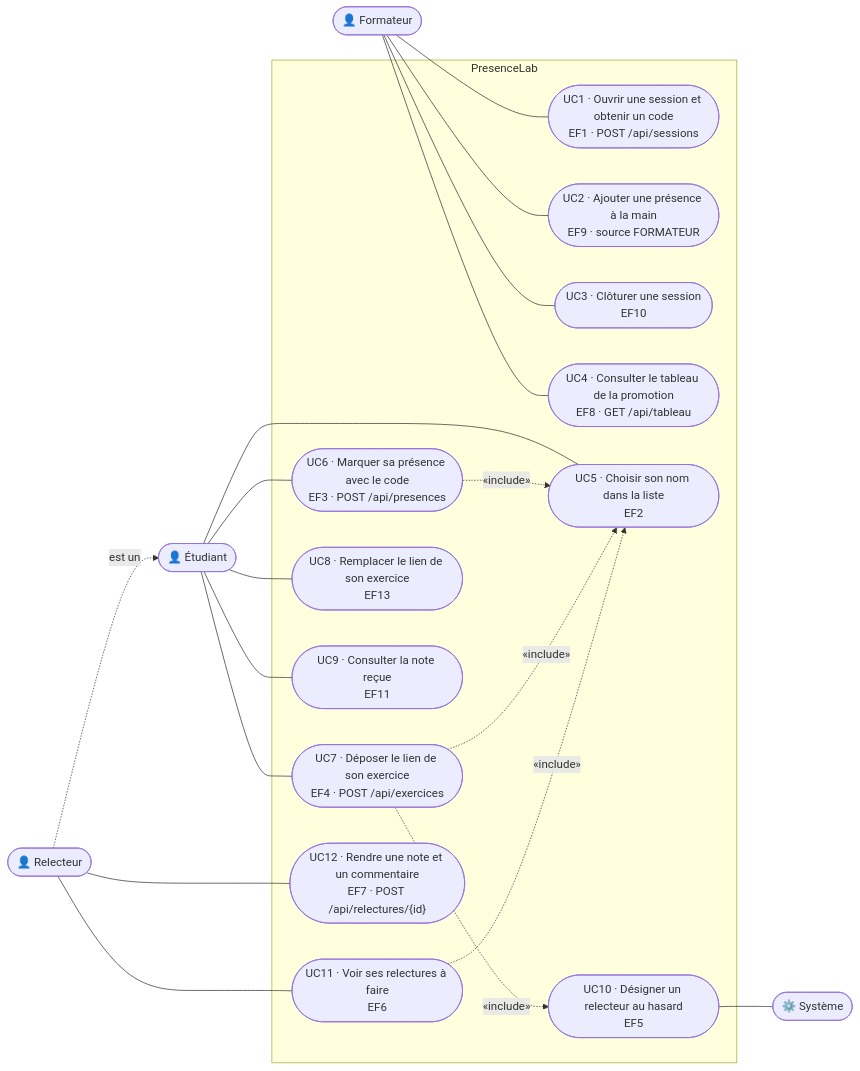
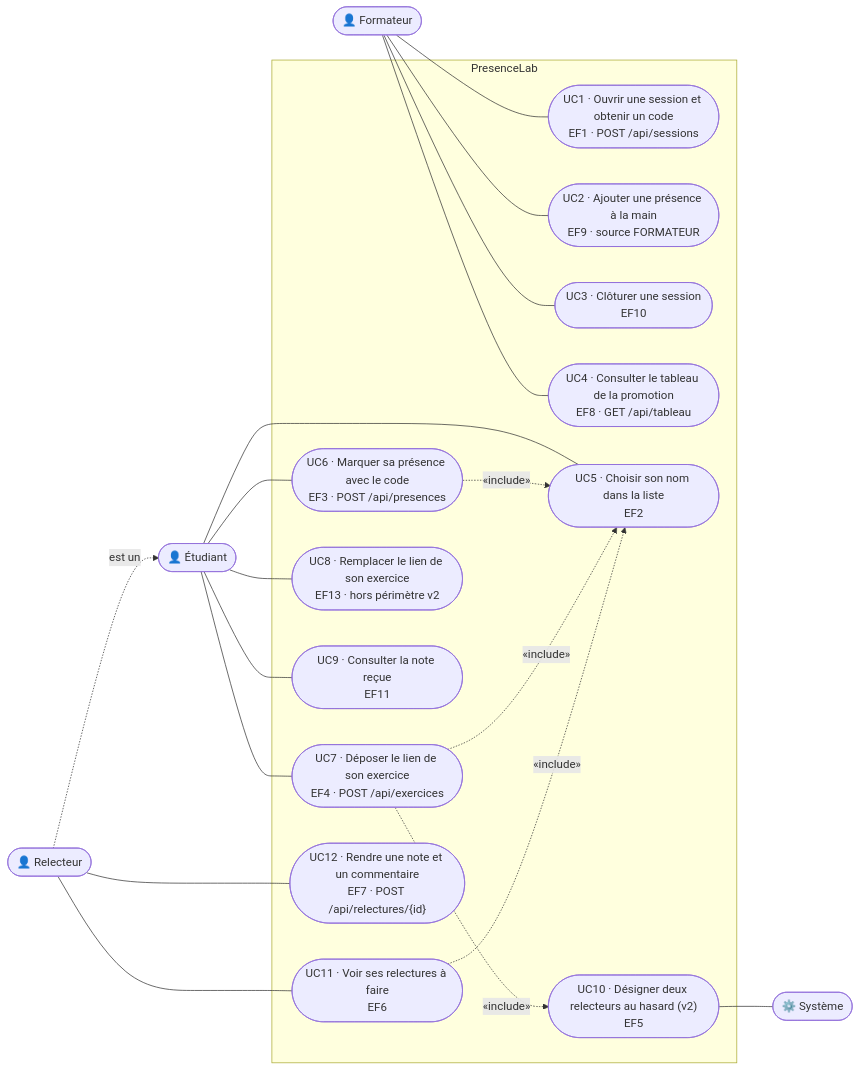
The diagram in docs/diagrammes/D1_cas_utilisation.md (christian-dev1/kfokam48-epreuve-232), drawn with Mermaid before and after one commit. The commit also changed other lines of this file and 3 other files, not shown here.

First line of the commit message:
docs: met à jour l'analyse suite au changement « deux relecteurs » (étape 3)

````diff
--- a/docs/diagrammes/D1_cas_utilisation.md
+++ b/docs/diagrammes/D1_cas_utilisation.md
@@ -5,44 +5,44 @@
 ```mermaid
 flowchart LR
     F(["👤 Formateur"])
     E(["👤 Étudiant"])
     R(["👤 Relecteur"])
     SYS(["⚙️ Système"])
 
     R -. "est un" .-> E
 
     subgraph APP["PresenceLab"]
         UC1(["UC1 · Ouvrir une session et obtenir un code<br/>EF1 · POST /api/sessions"])
         UC2(["UC2 · Ajouter une présence à la main<br/>EF9 · source FORMATEUR"])
         UC3(["UC3 · Clôturer une session<br/>EF10"])
         UC4(["UC4 · Consulter le tableau de la promotion<br/>EF8 · GET /api/tableau"])
         UC5(["UC5 · Choisir son nom dans la liste<br/>EF2"])
         UC6(["UC6 · Marquer sa présence avec le code<br/>EF3 · POST /api/presences"])
         UC7(["UC7 · Déposer le lien de son exercice<br/>EF4 · POST /api/exercices"])
-        UC8(["UC8 · Remplacer le lien de son exercice<br/>EF13"])
+        UC8(["UC8 · Remplacer le lien de son exercice<br/>EF13 · hors périmètre v2"])
         UC9(["UC9 · Consulter la note reçue<br/>EF11"])
-        UC10(["UC10 · Désigner un relecteur au hasard<br/>EF5"])
+        UC10(["UC10 · Désigner deux relecteurs au hasard (v2)<br/>EF5"])
         UC11(["UC11 · Voir ses relectures à faire<br/>EF6"])
         UC12(["UC12 · Rendre une note et un commentaire<br/>EF7 · POST /api/relectures/{id}"])
     end
 
     F --- UC1
     F --- UC2
     F --- UC3
     F --- UC4
 
     E --- UC5
     E --- UC6
     E --- UC7
     E --- UC8
     E --- UC9
 
     R --- UC11
     R --- UC12
 
     UC7 -. "«include»" .-> UC10
     UC10 --- SYS
     UC6 -. "«include»" .-> UC5
     UC7 -. "«include»" .-> UC5
     UC11 -. "«include»" .-> UC5
 ```
````
